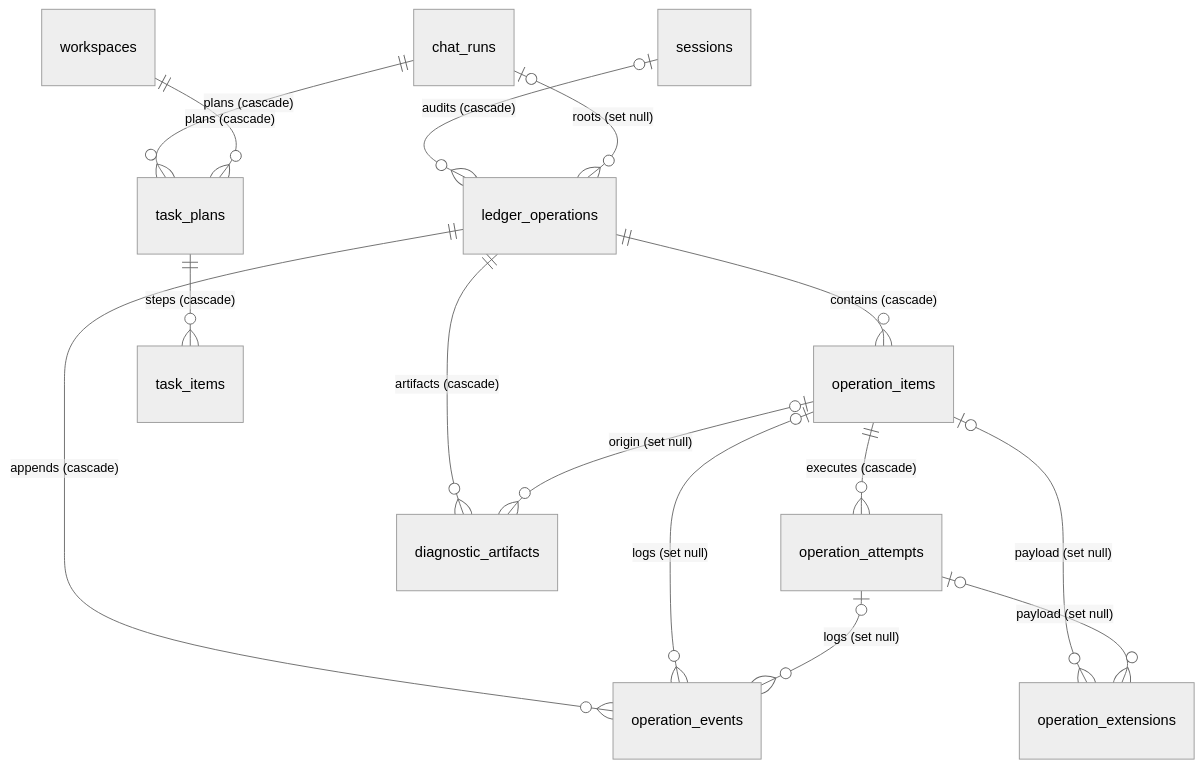
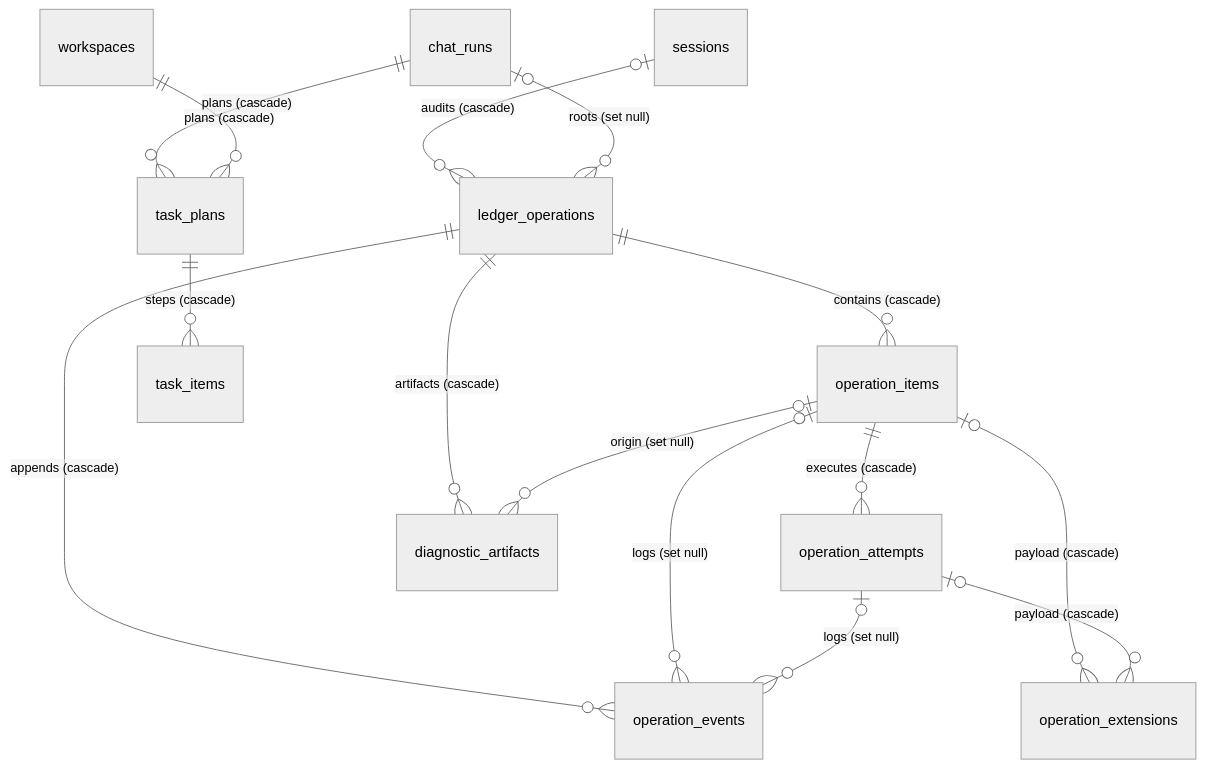
Before and after one commit to cc01cc/xihe-project: the seventh of 7 diagrams in docs/i18n/zh-Hans/DEV-019-database-schema.md, drawn with Mermaid. The commit also changed other lines of this file and 6 other files, not shown here.

````diff
--- a/docs/i18n/zh-Hans/DEV-019-database-schema.md
+++ b/docs/i18n/zh-Hans/DEV-019-database-schema.md
@@ -161,18 +161,18 @@
 ```mermaid
 %%{init: {'theme': 'neutral'}}%%
 erDiagram
     sessions |o--o{ ledger_operations : "audits (cascade)"
     chat_runs |o--o{ ledger_operations : "roots (set null)"
     ledger_operations ||--o{ operation_items : "contains (cascade)"
     operation_items ||--o{ operation_attempts : "executes (cascade)"
     ledger_operations ||--o{ operation_events : "appends (cascade)"
     operation_items |o--o{ operation_events : "logs (set null)"
     operation_attempts |o--o{ operation_events : "logs (set null)"
-    operation_items |o--o{ operation_extensions : "payload (set null)"
-    operation_attempts |o--o{ operation_extensions : "payload (set null)"
+    operation_items |o--o{ operation_extensions : "payload (cascade)"
+    operation_attempts |o--o{ operation_extensions : "payload (cascade)"
     ledger_operations ||--o{ diagnostic_artifacts : "artifacts (cascade)"
     operation_items |o--o{ diagnostic_artifacts : "origin (set null)"
     chat_runs ||--o{ task_plans : "plans (cascade)"
     workspaces ||--o{ task_plans : "plans (cascade)"
     task_plans ||--o{ task_items : "steps (cascade)"
 ```
````
